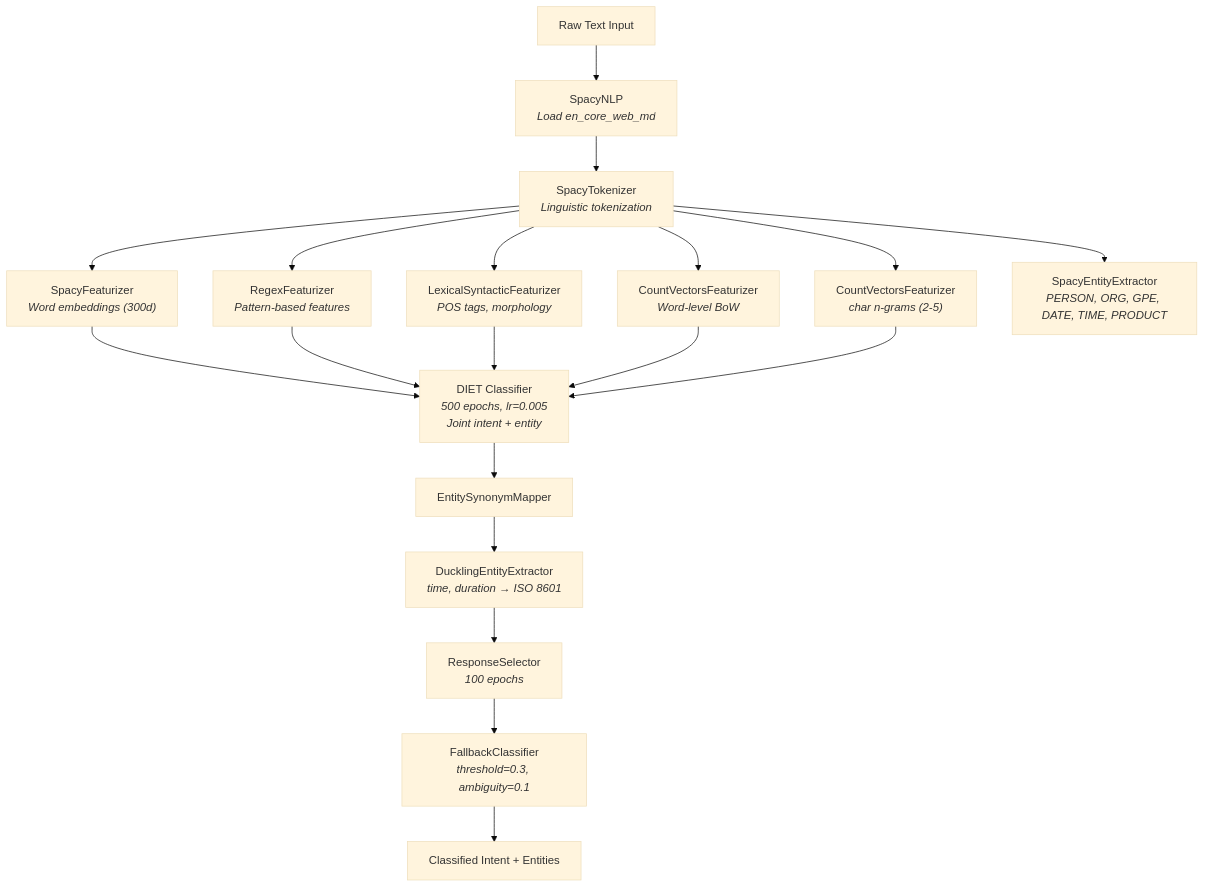
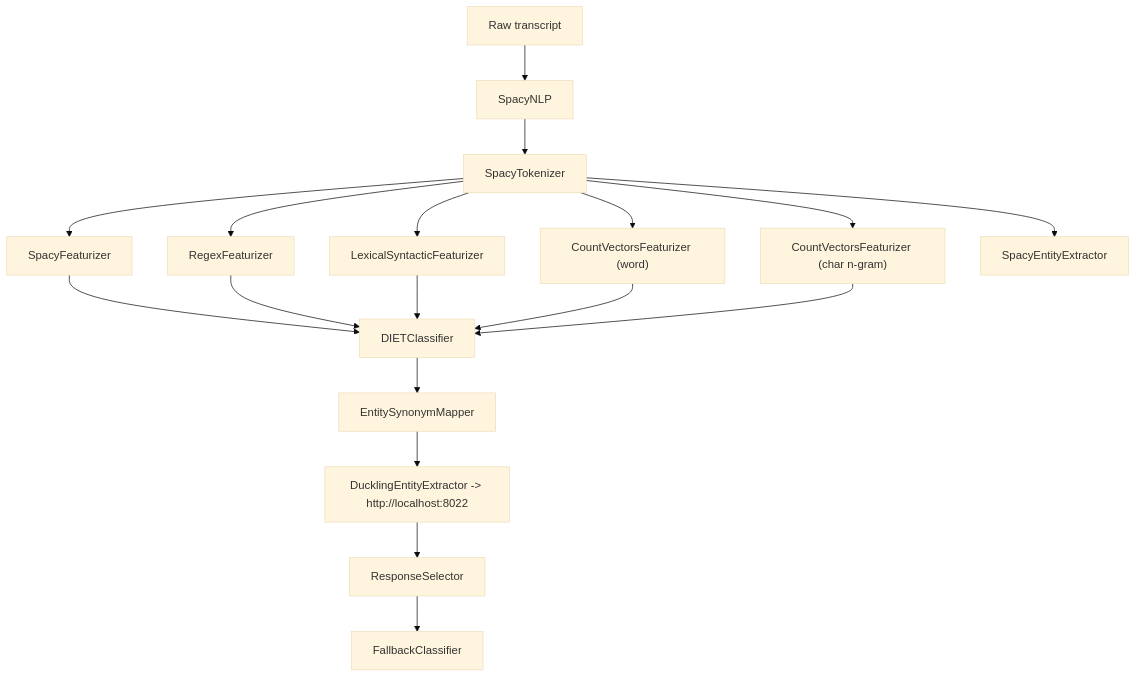
One commit to kumawat-aditya/elisa-assistant changed the fourth of 5 diagrams in docs/ARCHITECTURE.md. Above: the diagram before and after it, drawn with Mermaid (base theme). The commit also changed other lines of this file and 4 other files, not shown here.

````diff
--- a/docs/ARCHITECTURE.md
+++ b/docs/ARCHITECTURE.md
@@ -358,24 +334,22 @@
 ```mermaid
 graph TD
-    INPUT["Raw Text Input"] --> SPACYNLP["SpacyNLP<br/><i>Load en_core_web_md</i>"]
-    SPACYNLP --> TOKENIZER["SpacyTokenizer<br/><i>Linguistic tokenization</i>"]
-    TOKENIZER --> FEAT1["SpacyFeaturizer<br/><i>Word embeddings (300d)</i>"]
-    TOKENIZER --> FEAT2["RegexFeaturizer<br/><i>Pattern-based features</i>"]
-    TOKENIZER --> FEAT3["LexicalSyntacticFeaturizer<br/><i>POS tags, morphology</i>"]
-    TOKENIZER --> FEAT4["CountVectorsFeaturizer<br/><i>Word-level BoW</i>"]
-    TOKENIZER --> FEAT5["CountVectorsFeaturizer<br/><i>char n-grams (2-5)</i>"]
+    INPUT["Raw transcript"] --> SPACY["SpacyNLP"]
+    SPACY --> TOKEN["SpacyTokenizer"]
+    TOKEN --> F1["SpacyFeaturizer"]
+    TOKEN --> F2["RegexFeaturizer"]
+    TOKEN --> F3["LexicalSyntacticFeaturizer"]
+    TOKEN --> F4["CountVectorsFeaturizer (word)"]
+    TOKEN --> F5["CountVectorsFeaturizer (char n-gram)"]
 
-    FEAT1 --> DIET["DIET Classifier<br/><i>500 epochs, lr=0.005</i><br/><i>Joint intent + entity</i>"]
-    FEAT2 --> DIET
-    FEAT3 --> DIET
-    FEAT4 --> DIET
-    FEAT5 --> DIET
+    F1 --> DIET["DIETClassifier"]
+    F2 --> DIET
+    F3 --> DIET
+    F4 --> DIET
+    F5 --> DIET
 
-    TOKENIZER --> SPACY_NER["SpacyEntityExtractor<br/><i>PERSON, ORG, GPE, DATE, TIME, PRODUCT</i>"]
-    DIET --> SYNONYM["EntitySynonymMapper"]
-    SYNONYM --> DUCKLING["DucklingEntityExtractor<br/><i>time, duration → ISO 8601</i>"]
-
-    DUCKLING --> RESPONSE["ResponseSelector<br/><i>100 epochs</i>"]
-    RESPONSE --> FALLBACK["FallbackClassifier<br/><i>threshold=0.3, ambiguity=0.1</i>"]
-    FALLBACK --> OUTPUT["Classified Intent + Entities"]
+    TOKEN --> NER["SpacyEntityExtractor"]
+    DIET --> SYN["EntitySynonymMapper"]
+    SYN --> DUCK["DucklingEntityExtractor -> http://localhost:8022"]
+    DUCK --> RESP["ResponseSelector"]
+    RESP --> FALLBACK["FallbackClassifier"]
 ```
````
